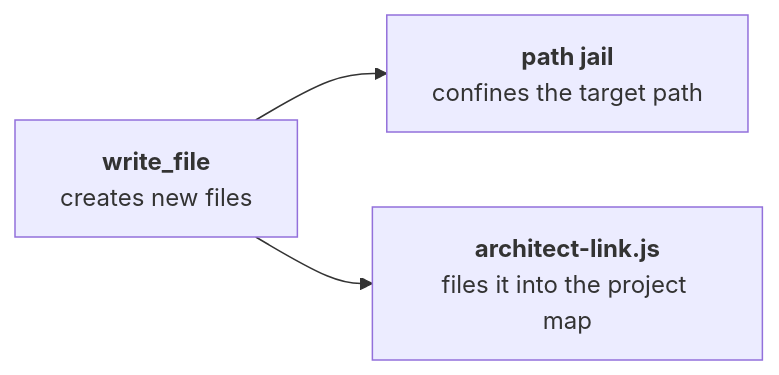
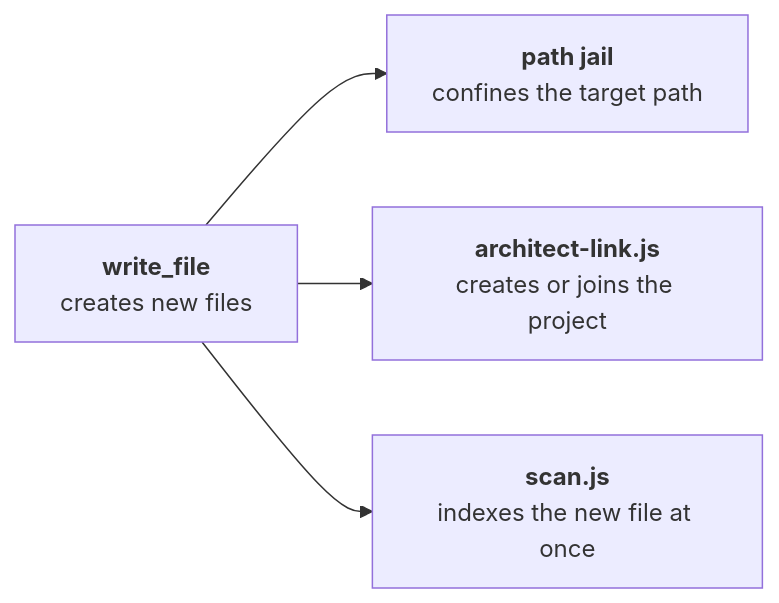
Diagram 12 of 16 in docs/PAPER.md (itamos-technologia/itamos-mcp-tools), drawn with Mermaid before and after one commit. The commit also changed other lines of this file and 2 other files, not shown here.

````diff
--- a/docs/PAPER.md
+++ b/docs/PAPER.md
@@ -431,8 +430,10 @@
 ```mermaid
 flowchart LR
   r["<b>write_file</b><br/>creates new files"]
   d0["<b>path jail</b><br/>confines the target path"]
   r --> d0
-  d1["<b>architect-link.js</b><br/>files it into the project map"]
+  d1["<b>architect-link.js</b><br/>creates or joins the project"]
   r --> d1
+  d2["<b>scan.js</b><br/>indexes the new file at once"]
+  r --> d2
 ```
````
